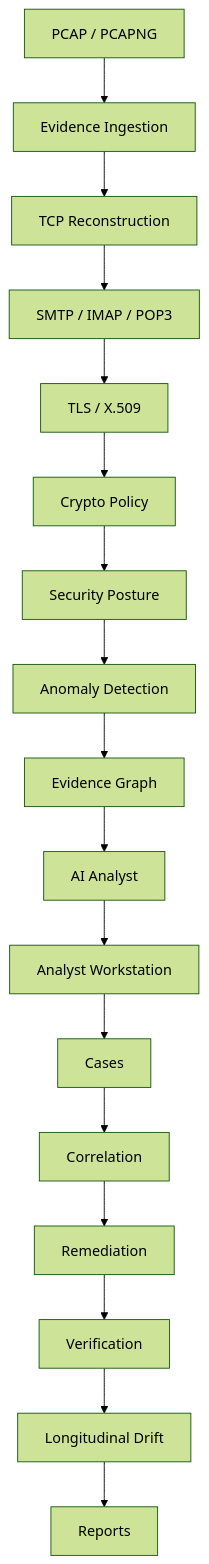
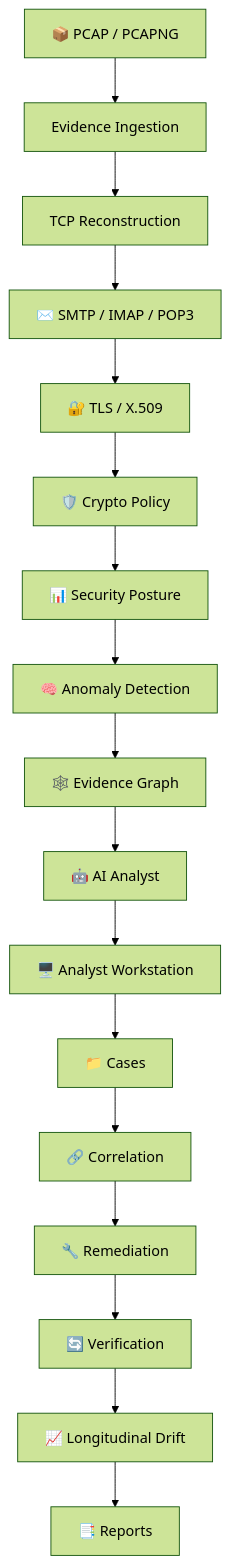
One commit to ToTheBlankWorld/NS-Email changed the first of 2 diagrams in README.md. Above: the diagram before and after it, drawn with Mermaid (forest theme). The commit also changed other lines of this file, not shown here.

````diff
--- a/README.md
+++ b/README.md
@@ -40,19 +45,19 @@
 ```mermaid
 flowchart TD
-    PCAP["PCAP / PCAPNG"] --> ING["Evidence Ingestion"]
+    PCAP["📦 PCAP / PCAPNG"] --> ING["Evidence Ingestion"]
     ING --> TCP["TCP Reconstruction"]
-    TCP --> PROTO["SMTP / IMAP / POP3"]
-    PROTO --> TLS["TLS / X.509"]
-    TLS --> POL["Crypto Policy"]
-    POL --> POS["Security Posture"]
-    POS --> ANO["Anomaly Detection"]
-    ANO --> GRA["Evidence Graph"]
-    GRA --> AI["AI Analyst"]
-    AI --> WS["Analyst Workstation"]
-    WS --> CASE["Cases"]
-    CASE --> CORR["Correlation"]
-    CORR --> REM["Remediation"]
-    REM --> VER["Verification"]
-    VER --> DRIFT["Longitudinal Drift"]
-    DRIFT --> REP["Reports"]
+    TCP --> PROTO["✉️ SMTP / IMAP / POP3"]
+    PROTO --> TLS["🔐 TLS / X.509"]
+    TLS --> POL["🛡️ Crypto Policy"]
+    POL --> POS["📊 Security Posture"]
+    POS --> ANO["🧠 Anomaly Detection"]
+    ANO --> GRA["🕸️ Evidence Graph"]
+    GRA --> AI["🤖 AI Analyst"]
+    AI --> WS["🖥️ Analyst Workstation"]
+    WS --> CASE["📁 Cases"]
+    CASE --> CORR["🔗 Correlation"]
+    CORR --> REM["🔧 Remediation"]
+    REM --> VER["🔄 Verification"]
+    VER --> DRIFT["📈 Longitudinal Drift"]
+    DRIFT --> REP["📑 Reports"]
 ```
````
